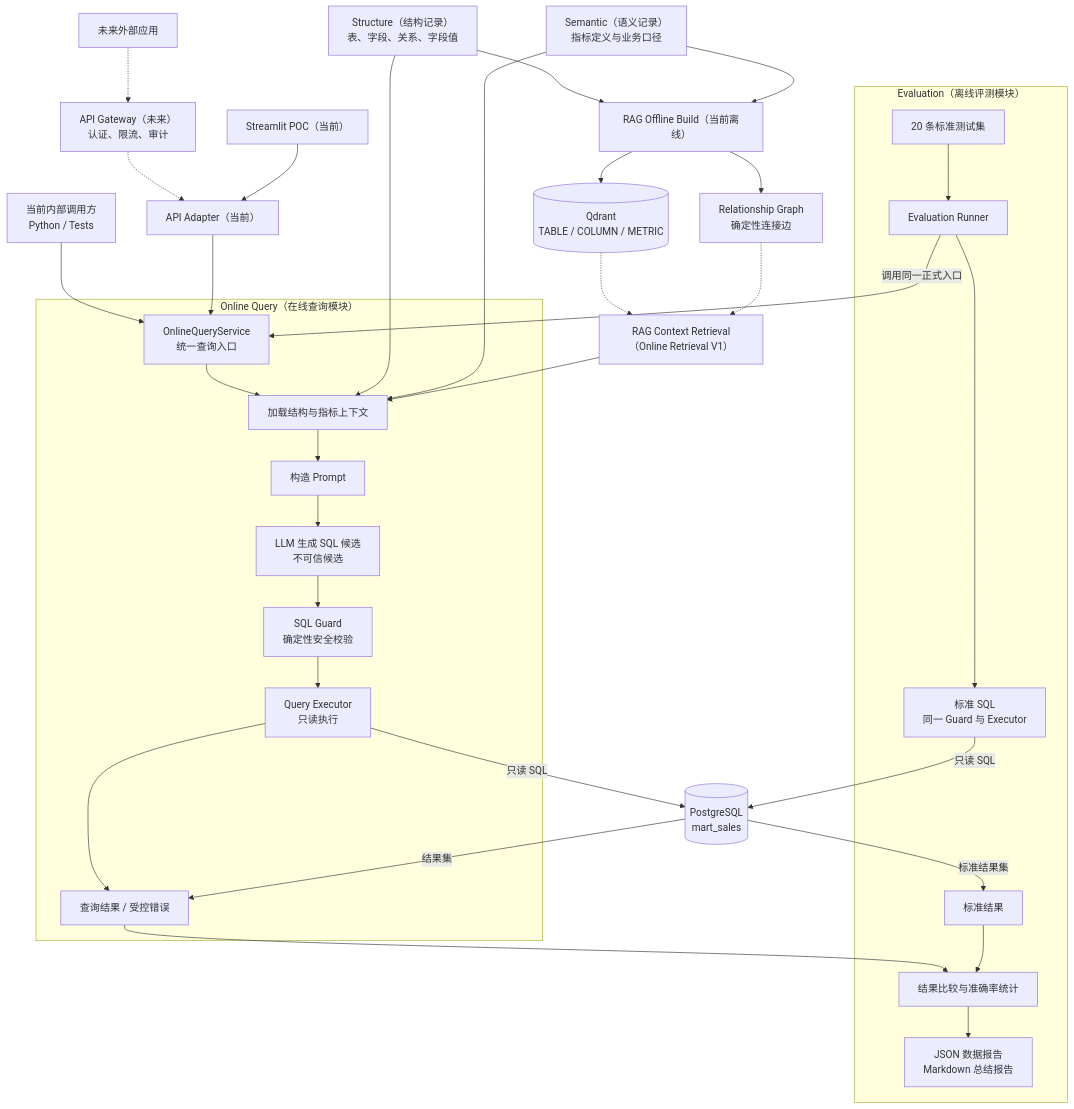
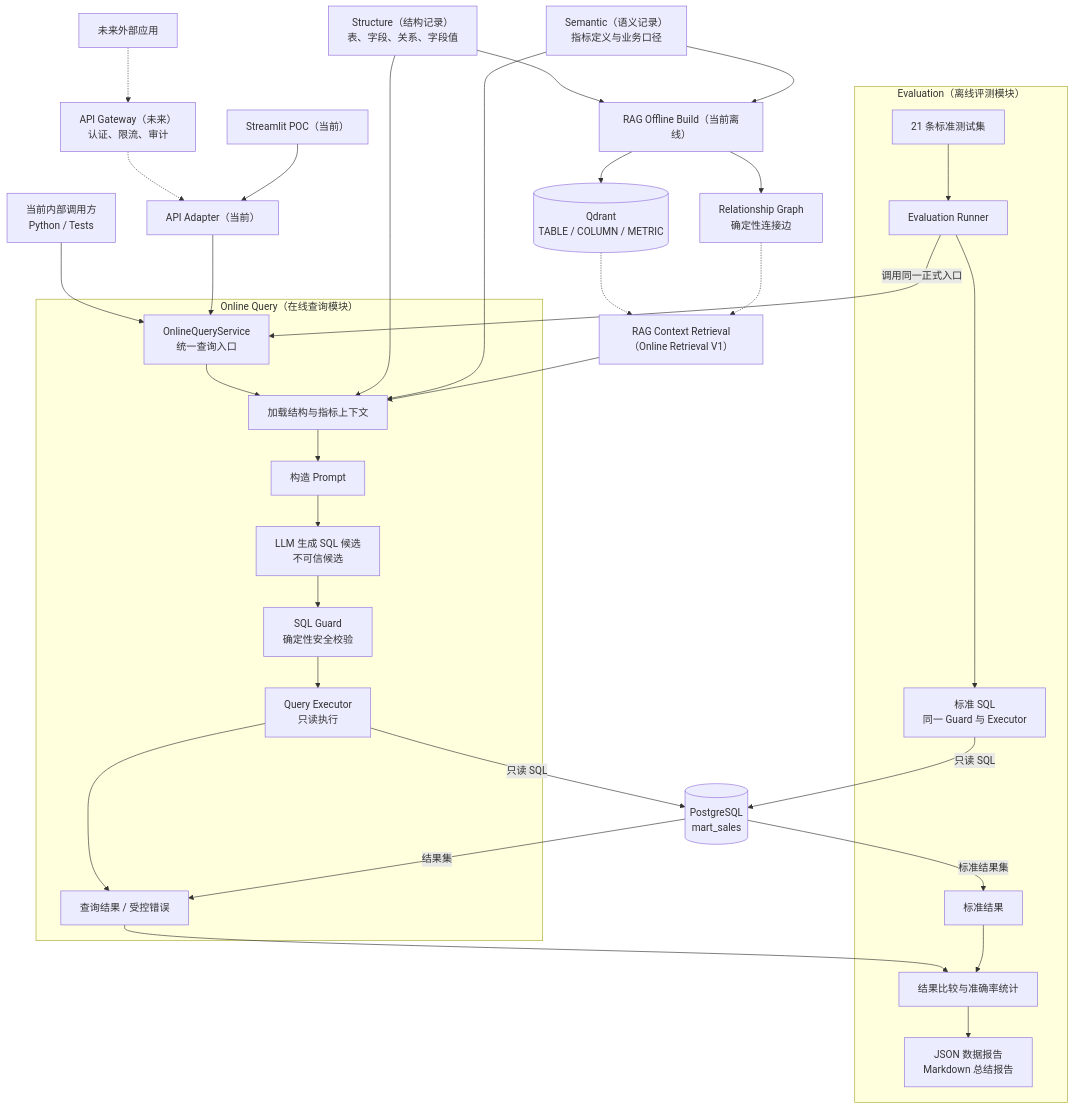
One commit to K999999999999/chatbi changed the first of 3 diagrams in docs/architecture.md. Above: the diagram before and after it, drawn with Mermaid. The commit also changed other lines of this file and 21 other files, not shown here.

````diff
--- a/docs/architecture.md
+++ b/docs/architecture.md
@@ -31,42 +31,42 @@
 ```mermaid
 flowchart TB
     InternalCaller["当前内部调用方<br/>Python / Tests"] --> Service
     ExternalCaller["未来外部应用"] -.-> Gateway
     Gateway["API Gateway（未来）<br/>认证、限流、审计"] -.-> API
     API["API Adapter（当前）"] --> Service
     Streamlit["Streamlit POC（当前）"] --> API
 
     subgraph OnlineQuery["Online Query（在线查询模块）"]
         Service["OnlineQueryService<br/>统一查询入口"] --> Context["加载结构与指标上下文"]
         Context --> Prompt["构造 Prompt"]
         Prompt --> LLM["LLM 生成 SQL 候选<br/>不可信候选"]
         LLM --> Guard["SQL Guard<br/>确定性安全校验"]
         Guard --> Executor["Query Executor<br/>只读执行"]
         Executor --> Result["查询结果 / 受控错误"]
     end
 
     Structure["Structure（结构记录）<br/>表、字段、关系、字段值"] --> Context
     Metrics["Semantic（语义记录）<br/>指标定义与业务口径"] --> Context
     Executor -->|"只读 SQL"| Database[("PostgreSQL<br/>mart_sales")]
     Database -->|"结果集"| Result
 
     subgraph EvaluationFlow["Evaluation（离线评测模块）"]
-        Cases["20 条标准测试集"] --> Runner["Evaluation Runner"]
+        Cases["21 条标准测试集"] --> Runner["Evaluation Runner"]
         Runner -->|"调用同一正式入口"| Service
         Runner --> Reference["标准 SQL<br/>同一 Guard 与 Executor"]
         ReferenceResult["标准结果"]
         Result --> Compare["结果比较与准确率统计"]
         ReferenceResult --> Compare
         Compare --> Reports["JSON 数据报告<br/>Markdown 总结报告"]
     end
 
     Reference -->|"只读 SQL"| Database
     Database -->|"标准结果集"| ReferenceResult
     Structure --> OfflineBuild["RAG Offline Build（当前离线）"]
     Metrics --> OfflineBuild
     OfflineBuild --> VectorCollections[("Qdrant<br/>TABLE / COLUMN / METRIC")]
     OfflineBuild --> RelationshipGraph["Relationship Graph<br/>确定性连接边"]
     VectorCollections -.-> RAG
     RelationshipGraph -.-> RAG
     RAG["RAG Context Retrieval（Online Retrieval V1）"] --> Context
 ```
````
